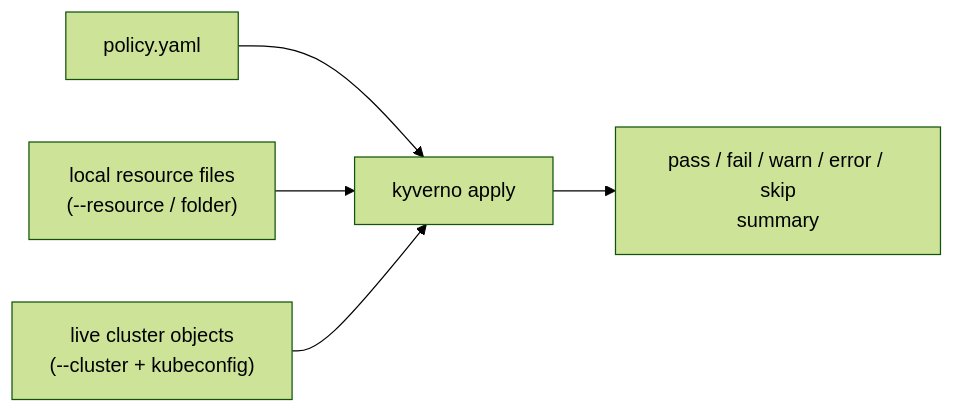
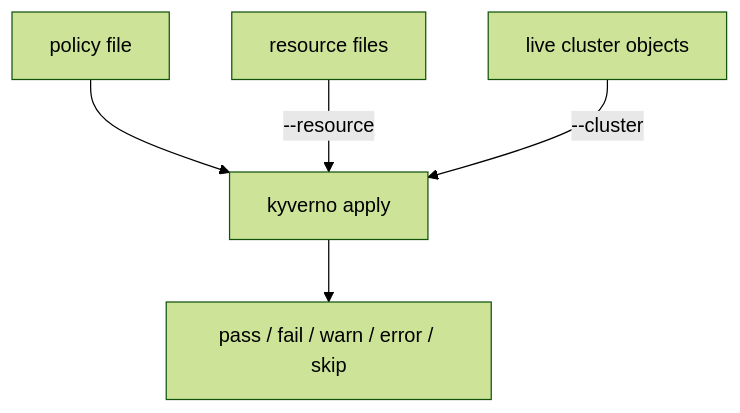
The diagram in sections/section-020/module-01/course.md (astrona-io/ATS009), drawn with Mermaid (forest theme) before and after one commit. The commit also changed other lines of this file and 286 other files, not shown here.

````diff
--- a/sections/section-020/module-01/course.md
+++ b/sections/section-020/module-01/course.md
@@ -5,7 +5,7 @@
 ```mermaid
-flowchart LR
-    P["policy.yaml"] --> A["kyverno apply"]
-    R1["local resource files\n(--resource / folder)"] --> A
-    R2["live cluster objects\n(--cluster + kubeconfig)"] --> A
-    A --> S["pass / fail / warn / error / skip\nsummary"]
+flowchart TB
+    P["policy file"] --> A["kyverno apply"]
+    R1["resource files"] -->|"--resource"| A
+    R2["live cluster objects"] -->|"--cluster"| A
+    A --> S["pass / fail / warn / error / skip"]
 ```
````
